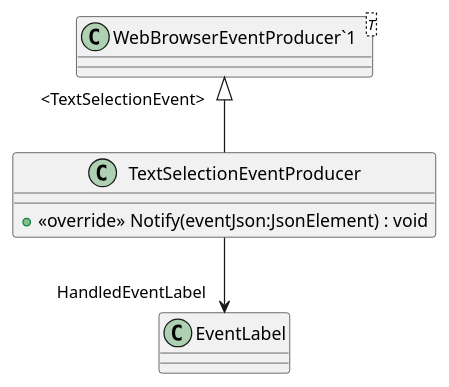
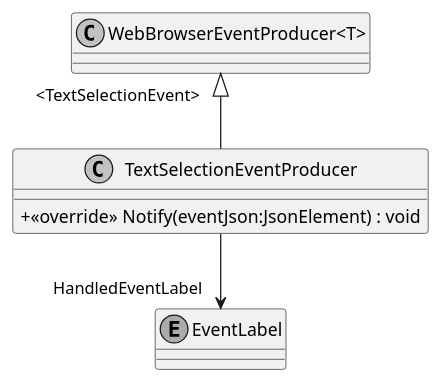
One commit to insightmind/MORR changed the diagram in application/plantuml/Modules/WebBrowser/Producers/TextSelectionEventProducer.puml. Above: the diagram before and after it, drawn with PlantUML. The commit also changed 14 other files, not shown here.

```diff
--- a/application/plantuml/Modules/WebBrowser/Producers/TextSelectionEventProducer.puml
+++ b/application/plantuml/Modules/WebBrowser/Producers/TextSelectionEventProducer.puml
@@ -1,9 +1,12 @@
 @startuml
+skinparam monochrome true
+skinparam ClassAttributeIconSize 0
 class TextSelectionEventProducer {
     + <<override>> Notify(eventJson:JsonElement) : void
 }
-class "WebBrowserEventProducer`1"<T> {
+class "WebBrowserEventProducer<T>" {
 }
-"WebBrowserEventProducer`1" "<TextSelectionEvent>" <|-- TextSelectionEventProducer
+enum "EventLabel"
+"WebBrowserEventProducer<T>" "    <TextSelectionEvent>" <|-- TextSelectionEventProducer
 TextSelectionEventProducer --> "HandledEventLabel" EventLabel
 @enduml
```
